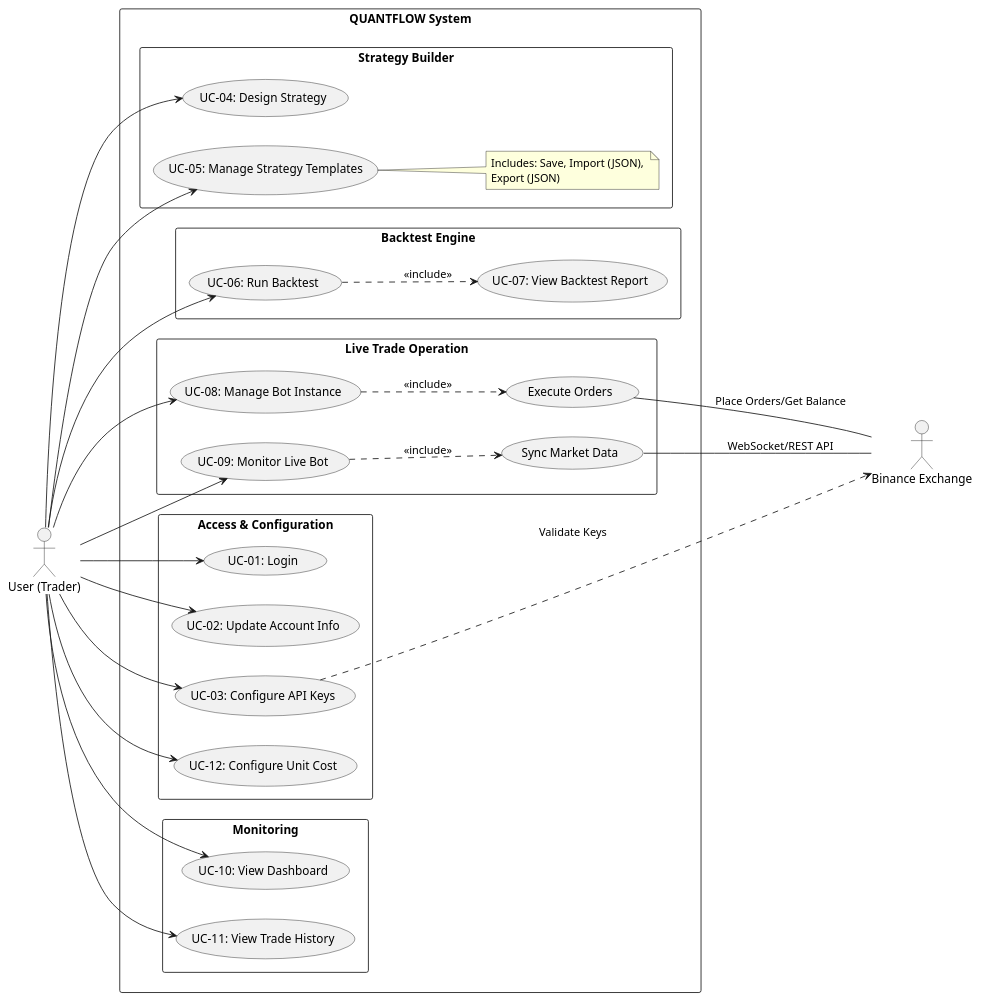
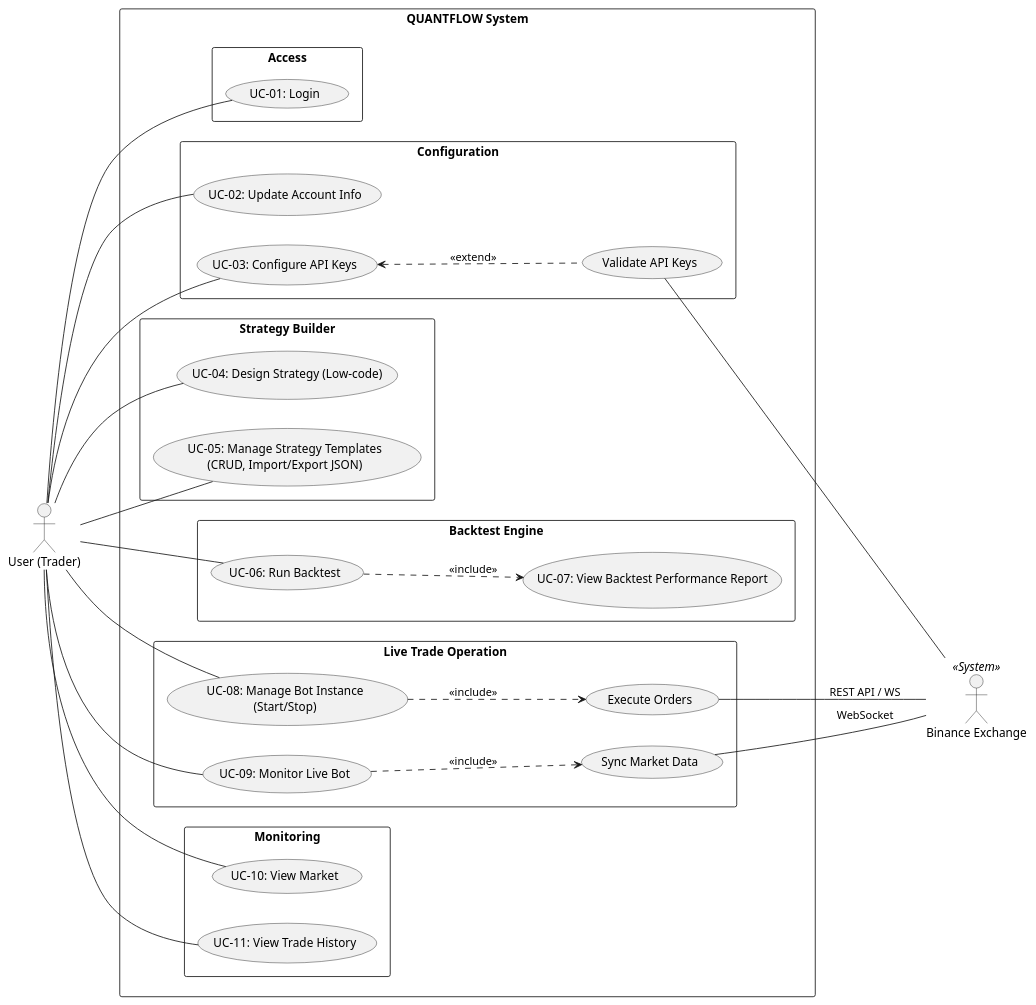
The diagram in docs/srs-use-case.plantuml (Kh0anh/doan2_DH22KPM02_TranNguyenChiKhanh_QuantFlow), drawn with PlantUML before and after one commit. The commit also changed 2 other files, not shown here.

```diff
--- a/docs/srs-use-case.plantuml
+++ b/docs/srs-use-case.plantuml
@@ -1,65 +1,67 @@
 @startuml
 left to right direction
 skinparam packageStyle rectangle
+skinparam monochrome true
+skinparam shadowing false
 
-actor "User (Trader)" as User
-actor "Binance Exchange" as Binance
+actor "User (Trader)" as Trader
+actor "Binance Exchange" as Binance <<System>>
 
 rectangle "QUANTFLOW System" {
-    
-    package "Access & Configuration" {
+    package "Access" {
         usecase "UC-01: Login" as UC01
+    }
+
+    package "Configuration" {
         usecase "UC-02: Update Account Info" as UC02
         usecase "UC-03: Configure API Keys" as UC03
-        usecase "UC-12: Configure Unit Cost" as UC12
+        usecase "Validate API Keys" as UC03_Validate
     }
 
     package "Strategy Builder" {
-        usecase "UC-04: Design Strategy" as UC04
-        usecase "UC-05: Manage Strategy Templates" as UC05
-        note right of UC05
-            Includes: Save, Import (JSON), 
-            Export (JSON)
-        end note
+        usecase "UC-04: Design Strategy (Low-code)" as UC04
+        usecase "UC-05: Manage Strategy Templates\n(CRUD, Import/Export JSON)" as UC05
     }
 
     package "Backtest Engine" {
         usecase "UC-06: Run Backtest" as UC06
-        usecase "UC-07: View Backtest Report" as UC07
+        usecase "UC-07: View Backtest Performance Report" as UC07
     }
 
     package "Live Trade Operation" {
-        usecase "UC-08: Manage Bot Instance" as UC08
+        usecase "UC-08: Manage Bot Instance\n(Start/Stop)" as UC08
         usecase "UC-09: Monitor Live Bot" as UC09
-        usecase "Execute Orders" as SysExec
-        usecase "Sync Market Data" as SysSync
+        usecase "Execute Orders" as ExecOrder
+        usecase "Sync Market Data" as SyncData
     }
 
     package "Monitoring" {
-        usecase "UC-10: View Dashboard" as UC10
+        usecase "UC-10: View Market" as UC10
         usecase "UC-11: View Trade History" as UC11
     }
+
+    ' Internal System Relationships
+    UC06 ..> UC07 : <<include>>
+    UC08 ..> ExecOrder : <<include>>
+    UC09 ..> SyncData : <<include>>
+    UC03 <.. UC03_Validate : <<extend>>
 }
 
-' User relationships
-User --> UC01
-User --> UC02
-User --> UC12
-User --> UC03
-User --> UC04
-User --> UC05
-User --> UC06
-User --> UC08
-User --> UC09
-User --> UC10
-User --> UC11
+' Actor Interactions
+Trader -- UC01
+Trader -- UC02
+Trader -- UC03
+Trader -- UC04
+Trader -- UC05
+Trader -- UC06
+Trader -- UC08
+Trader -- UC09
+Trader -- UC10
+Trader -- UC11
 
-' System Dependencies and External Actors
-UC06 ..> UC07 : <<include>>
-UC08 ..> SysExec : <<include>>
-SysExec -- Binance : "Place Orders/Get Balance"
-SysSync -- Binance : "WebSocket/REST API"
-UC09 ..> SysSync : <<include>>
-UC03 ..> Binance : "Validate Keys"
+' External Interactions
+UC03_Validate -- Binance
+ExecOrder -- Binance : "REST API / WS"
+SyncData -- Binance : "WebSocket"
 
 @enduml
```
